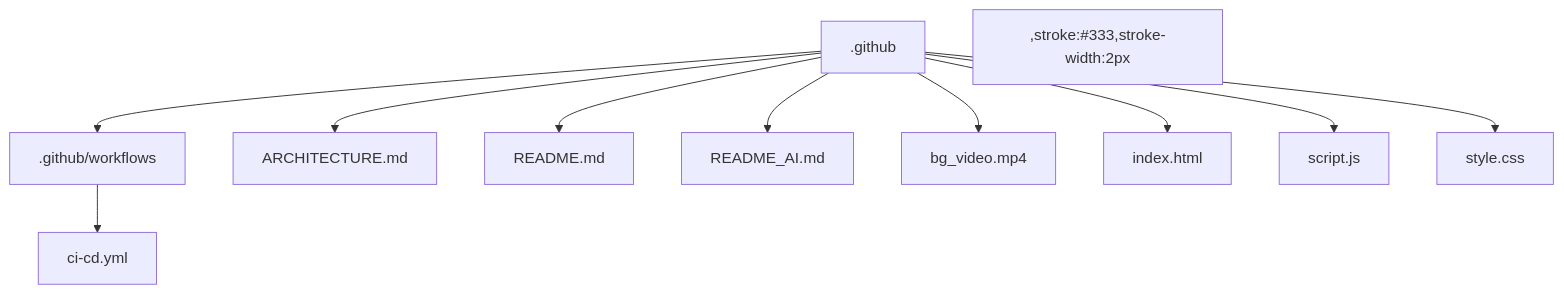
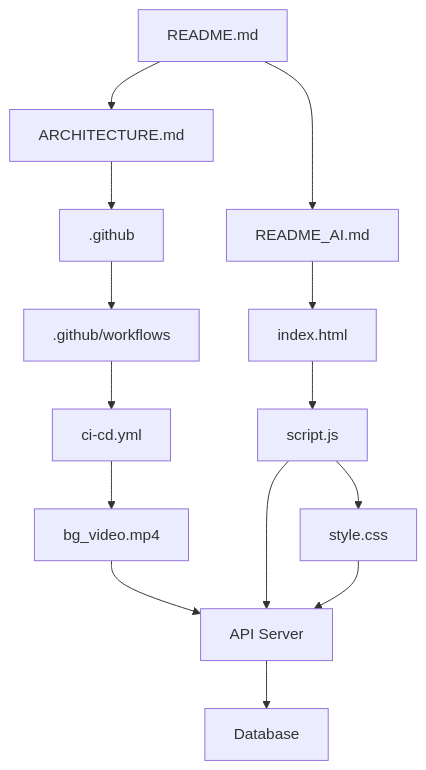
Before and after one commit to nirzaraghure/music-mood-app: the diagram in ARCHITECTURE.md, drawn with Mermaid.

Commit message:
🤖 GitGenius: AI-generated code fix

````diff
--- a/ARCHITECTURE.md
+++ b/ARCHITECTURE.md
@@ -3,21 +3,16 @@
 ```mermaid
 graph TD
-    A[.github] --> B[.github/workflows]
-    B --> C[ci-cd.yml]
-    A --> D[ARCHITECTURE.md]
-    A --> E[README.md]
-    A --> F[README_AI.md]
-    A --> G[bg_video.mp4]
-    A --> H[index.html]
-    A --> I[script.js]
-    A --> J[style.css]
-    ,stroke:#333,stroke-width:2px
-    ,stroke:#333,stroke-width:2px
-    ,stroke:#333,stroke-width:2px
-    ,stroke:#333,stroke-width:2px
-    ,stroke:#333,stroke-width:2px
-    ,stroke:#333,stroke-width:2px
-    ,stroke:#333,stroke-width:2px
-    ,stroke:#333,stroke-width:2px
-    ,stroke:#333,stroke-width:2px
+    A[README.md] --> B[README_AI.md]
+    A --> C[ARCHITECTURE.md]
+    B --> D[index.html]
+    D --> E[script.js]
+    E --> F[style.css]
+    C --> G[.github]
+    G --> H[.github/workflows]
+    H --> I[ci-cd.yml]
+    I --> J[bg_video.mp4]
+    J --> K[API Server]
+    K --> L[Database]
+    E --> K
+    F --> K
 ```
````
